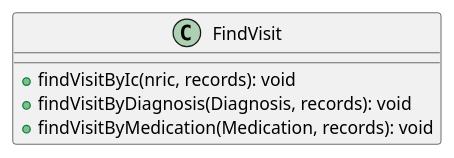
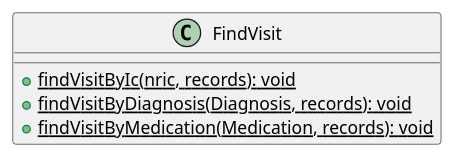
The diagram in docs/FindVisit.puml (yentheng0110/tp), drawn with PlantUML before and after one commit. The commit also changed 1 other file, not shown here.

Commit message:
updated class diagrams to show static

```diff
--- a/docs/FindVisit.puml
+++ b/docs/FindVisit.puml
@@ -1,10 +1,10 @@
 @startuml
 'https://plantuml.com/class-diagram
 
 class FindVisit {
-  +findVisitByIc(nric, records): void
-  +findVisitByDiagnosis(Diagnosis, records): void
-  +findVisitByMedication(Medication, records): void
+  +{static} findVisitByIc(nric, records): void
+  +{static} findVisitByDiagnosis(Diagnosis, records): void
+  +{static} findVisitByMedication(Medication, records): void
 }
 
 @enduml
```
